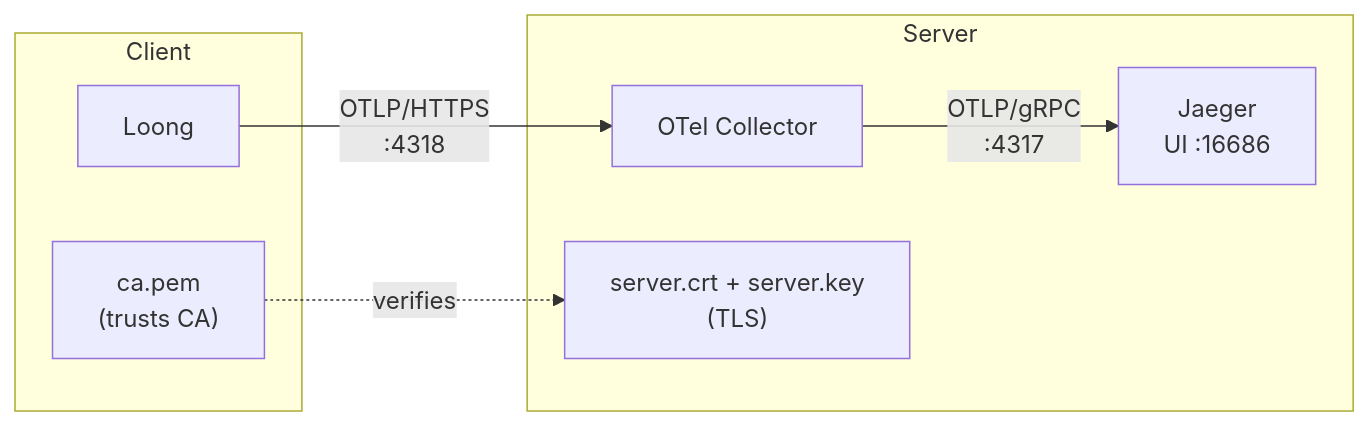
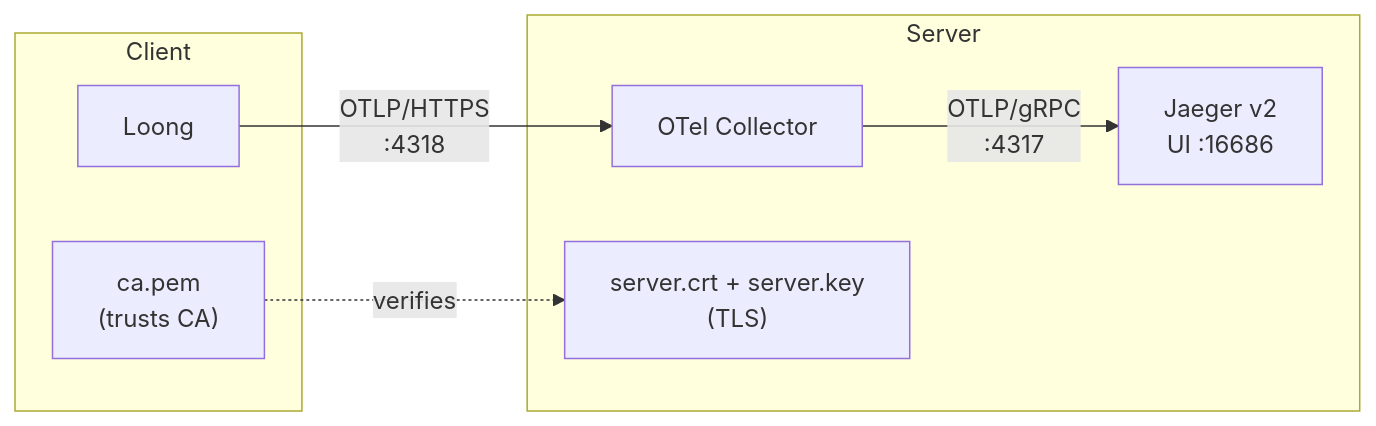
Before and after one commit to eastreams/loong: the diagram in deploy/observability/README.md, drawn with Mermaid. The commit also changed other lines of this file and 1 other file, not shown here.

First line of the commit message:
chore(deploy/observability): migrate Jaeger to v2 unified image 2.19.0

````diff
--- a/deploy/observability/README.md
+++ b/deploy/observability/README.md
@@ -7,17 +7,17 @@
 ```mermaid
 flowchart LR
     subgraph client["Client"]
         L["Loong"]
         CA["ca.pem\n(trusts CA)"]
     end
 
     subgraph server["Server"]
         C["OTel Collector"]
         CRT["server.crt + server.key\n(TLS)"]
-        J["Jaeger\nUI :16686"]
+        J["Jaeger v2\nUI :16686"]
     end
 
     L -- "OTLP/HTTPS\n:4318" --> C
     C -- "OTLP/gRPC\n:4317" --> J
     CA -. "verifies" .-> CRT
 ```
````
